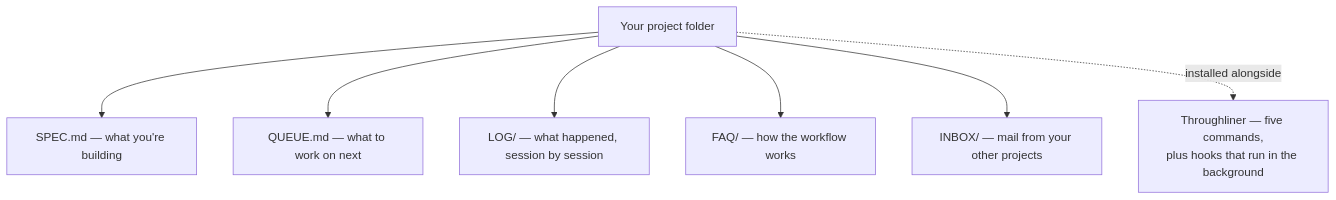
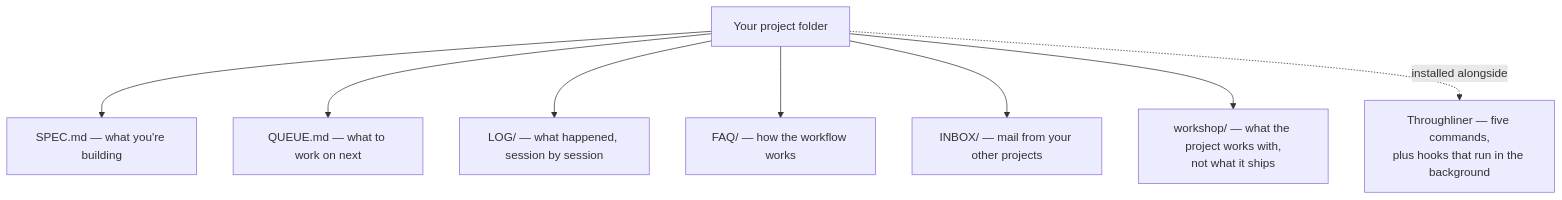
One commit to FlintCraftTech/sovereign-implementer changed the first of 3 diagrams in README.md. Above: the diagram before and after it, drawn with Mermaid. The commit also changed other lines of this file and 84 other files, not shown here.

````diff
--- a/README.md
+++ b/README.md
@@ -51,10 +51,11 @@
 ```mermaid
 graph TD
     P["Your project folder"]
     P --> S["SPEC.md — what you're building"]
     P --> Q["QUEUE.md — what to work on next"]
     P --> L["LOG/ — what happened, session by session"]
     P --> F["FAQ/ — how the workflow works"]
     P --> I["INBOX/ — mail from your other projects"]
+    P --> W["workshop/ — what the project works with,<br/>not what it ships"]
     P -.->|installed alongside| T["Throughliner — five commands,<br/>plus hooks that run in the background"]
 ```
````
